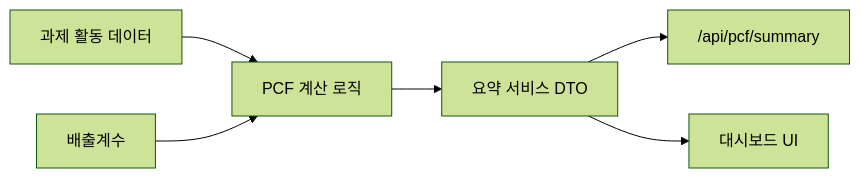
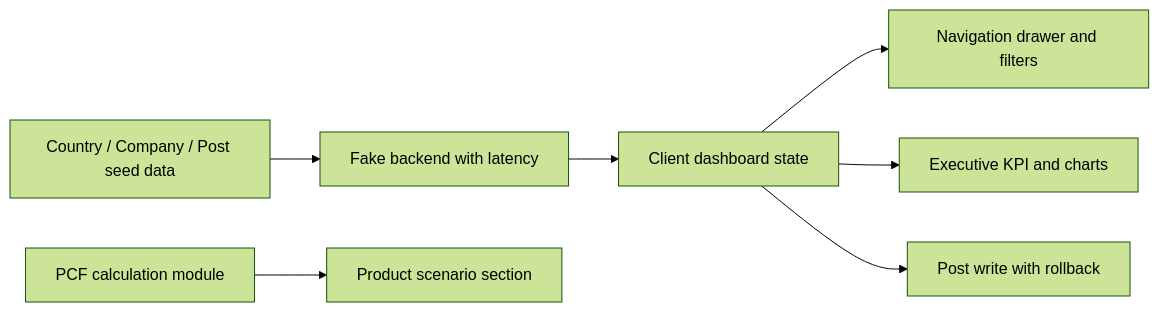
Before and after one commit to woojaemin0106/hanaloop-carbon-dashboard: the diagram in README.md, drawn with Mermaid (forest theme). The commit also changed other lines of this file and 3 other files, not shown here.

````diff
--- a/README.md
+++ b/README.md
@@ -69,8 +77,9 @@
 ```mermaid
 flowchart LR
-  A["과제 활동 데이터"] --> B["PCF 계산 로직"]
-  C["배출계수"] --> B
-  B --> D["요약 서비스 DTO"]
-  D --> E["/api/pcf/summary"]
-  D --> F["대시보드 UI"]
+  A["Country / Company / Post seed data"] --> B["Fake backend with latency"]
+  B --> C["Client dashboard state"]
+  C --> D["Navigation drawer and filters"]
+  C --> E["Executive KPI and charts"]
+  C --> F["Post write with rollback"]
+  G["PCF calculation module"] --> H["Product scenario section"]
 ```
````
